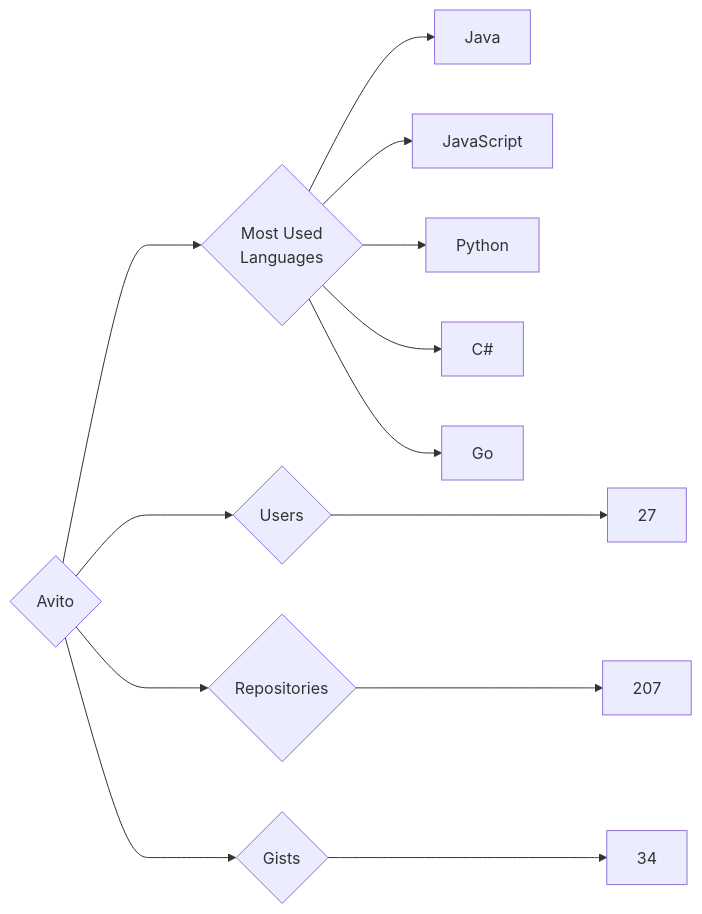
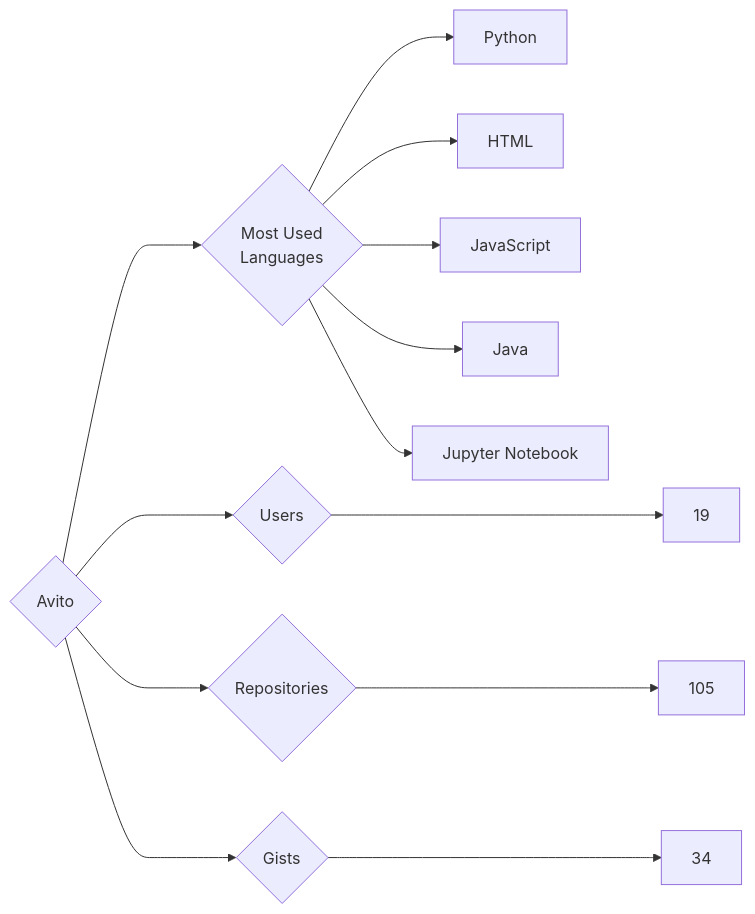
One commit to trickest/insiders changed the diagram in targets/Avito/README.md. Above: the diagram before and after it, drawn with Mermaid. The commit also changed 826 other files, not shown here.

````diff
--- a/targets/Avito/README.md
+++ b/targets/Avito/README.md
@@ -3,13 +3,13 @@
 ```mermaid
 graph LR
 COMPANY_NAME{Avito}
-COMPANY_NAME ---> U{Users} ---> UN[27]
-COMPANY_NAME ---> R{Repositories} ---> RN[207]
+COMPANY_NAME ---> U{Users} ---> UN[19]
+COMPANY_NAME ---> R{Repositories} ---> RN[105]
 COMPANY_NAME ---> G{Gists} ---> GN[34]
 COMPANY_NAME ---> ML{Most Used<br>Languages}
+ML --> Python[Python]
+ML --> HTML[HTML]
+ML --> JavaScript[JavaScript]
 ML --> Java[Java]
-ML --> JavaScript[JavaScript]
-ML --> Python[Python]
-ML --> C#[C#]
-ML --> Go[Go]
+ML --> Jupyter_Notebook[Jupyter Notebook]
 ```
````
